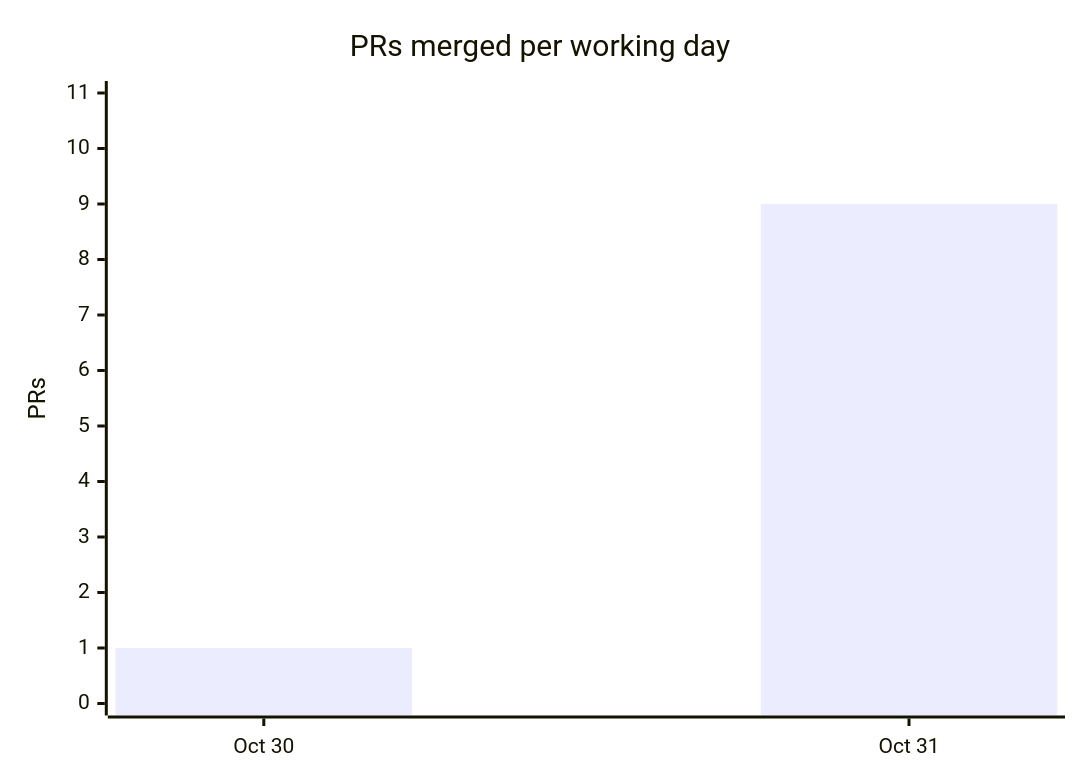
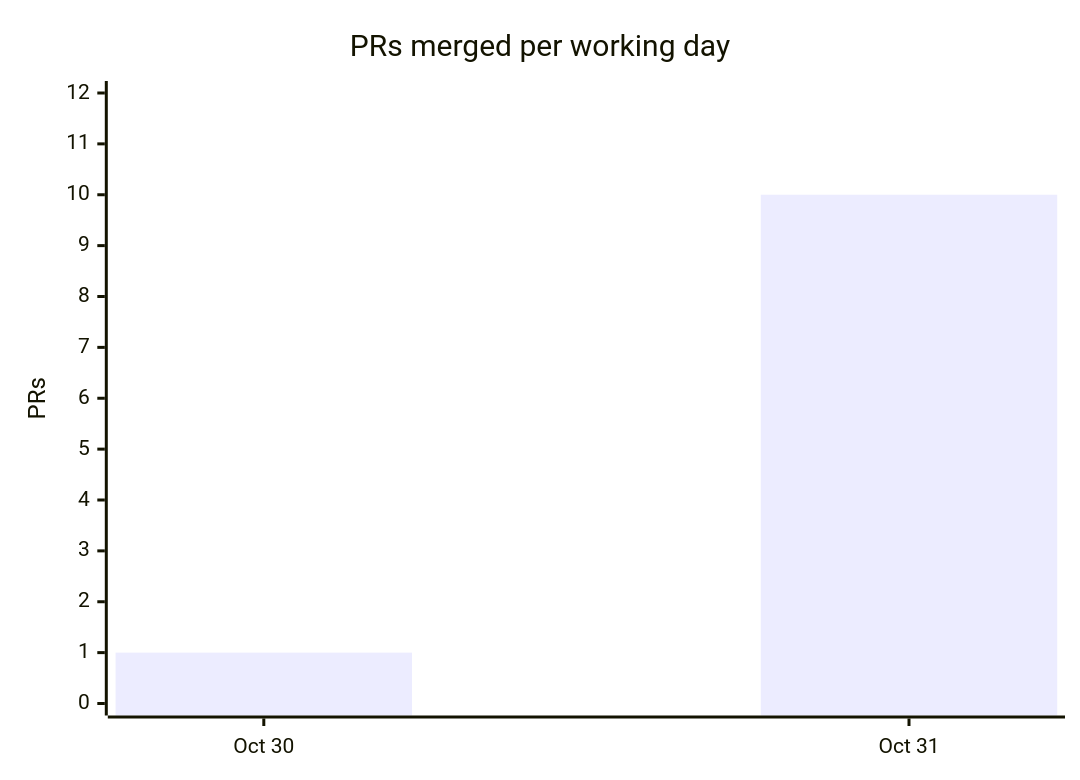
One commit to cmprssd/nfsh changed the fourth of 4 diagrams in docs/OVERVIEW.md. Above: the diagram before and after it, drawn with Mermaid. The commit also changed other lines of this file and 9 other files, not shown here.

````diff
--- a/docs/OVERVIEW.md
+++ b/docs/OVERVIEW.md
@@ -130,7 +131,7 @@
 ```mermaid
 xychart-beta
     title "PRs merged per working day"
     x-axis ["Oct 30", "Oct 31"]
-    y-axis "PRs" 0 --> 11
-    bar [1, 9]
+    y-axis "PRs" 0 --> 12
+    bar [1, 10]
 ```
````
